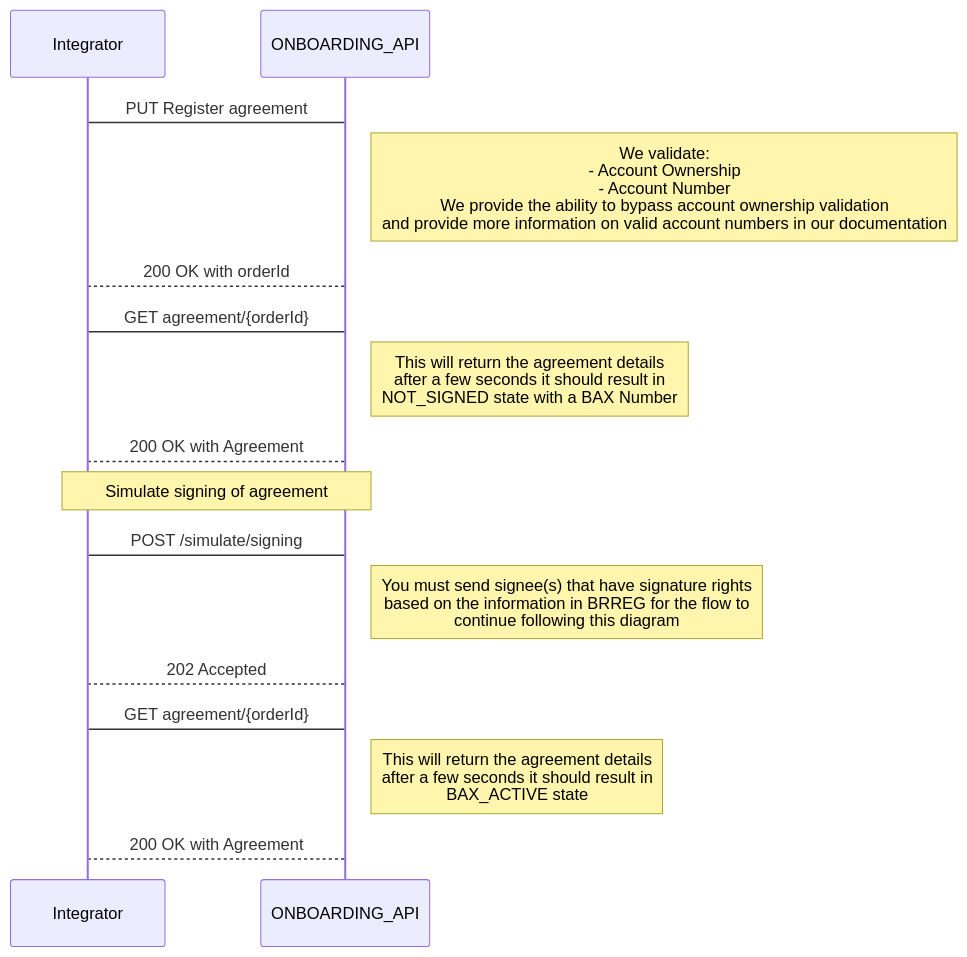
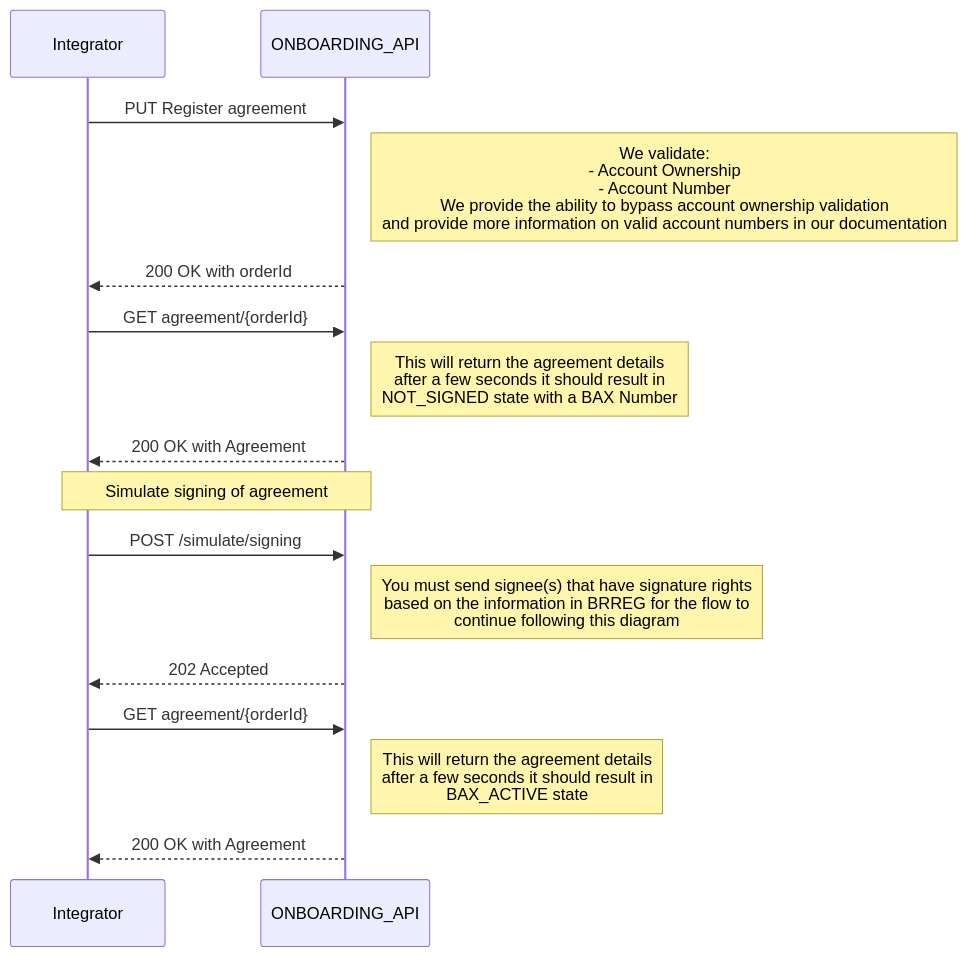
The third of 5 diagrams in docs/getting_started.md (BankAxept/bankaxept-onboarding-external-documentation), drawn with Mermaid before and after one commit. The commit also changed other lines of this file, not shown here.

Commit message:
upgrade mermaid diagrams

````diff
--- a/docs/getting_started.md
+++ b/docs/getting_started.md
@@ -68,20 +68,20 @@
 ```mermaid
 sequenceDiagram
-participant Integrator
-participant ONBOARDING_API
+participant I as Integrator
+participant O as ONBOARDING_API
 
-Integrator -> ONBOARDING_API: PUT Register agreement
-note right of ONBOARDING_API: We validate: <br/> - Account Ownership <br/> - Account Number <br/> We provide the ability to bypass account ownership validation <br/> and provide more information on valid account numbers in our documentation
-ONBOARDING_API --> Integrator: 200 OK with orderId
+I ->> O: PUT Register agreement
+note right of O: We validate: <br/> - Account Ownership <br/> - Account Number <br/> We provide the ability to bypass account ownership validation <br/> and provide more information on valid account numbers in our documentation
+O -->> I: 200 OK with orderId
 
-Integrator -> ONBOARDING_API : GET agreement/{orderId}
-note right of ONBOARDING_API: This will return the agreement details <br/> after a few seconds it should result in <br/> NOT_SIGNED state with a BAX Number
-ONBOARDING_API --> Integrator: 200 OK with Agreement
-note over Integrator, ONBOARDING_API: Simulate signing of agreement
-Integrator -> ONBOARDING_API: POST /simulate/signing
-note right of ONBOARDING_API: You must send signee(s) that have signature rights <br/> based on the information in BRREG for the flow to <br/> continue following this diagram
-ONBOARDING_API --> Integrator: 202 Accepted
-Integrator -> ONBOARDING_API : GET agreement/{orderId}
-note right of ONBOARDING_API: This will return the agreement details <br/> after a few seconds it should result in <br/> BAX_ACTIVE state
-ONBOARDING_API --> Integrator: 200 OK with Agreement
+I ->> O: GET agreement/{orderId}
+note right of O: This will return the agreement details <br/> after a few seconds it should result in <br/> NOT_SIGNED state with a BAX Number
+O -->> I: 200 OK with Agreement
+note over I, O: Simulate signing of agreement
+I ->> O: POST /simulate/signing
+note right of O: You must send signee(s) that have signature rights <br/> based on the information in BRREG for the flow to <br/> continue following this diagram
+O -->> I: 202 Accepted
+I ->> O : GET agreement/{orderId}
+note right of O: This will return the agreement details <br/> after a few seconds it should result in <br/> BAX_ACTIVE state
+O -->> I: 200 OK with Agreement
 ```
````
